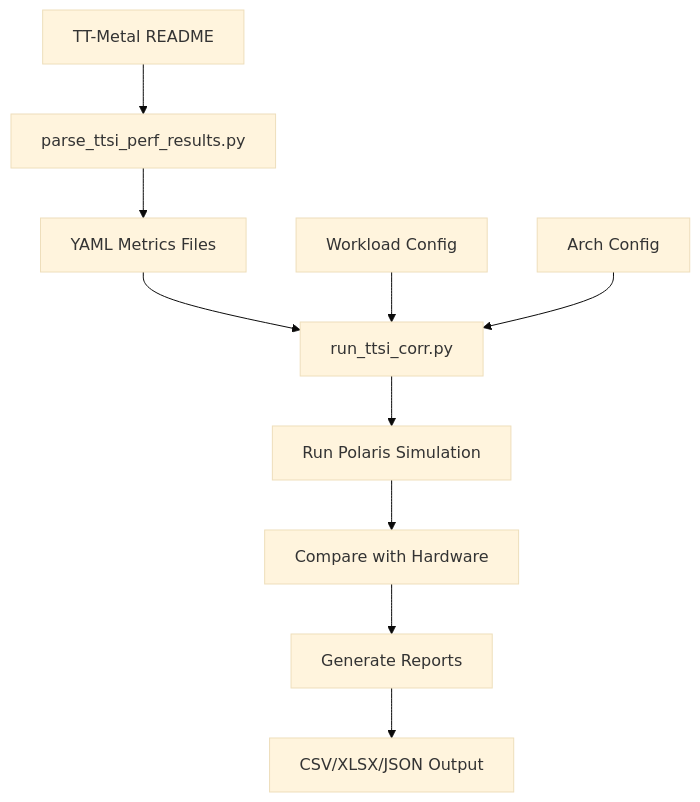
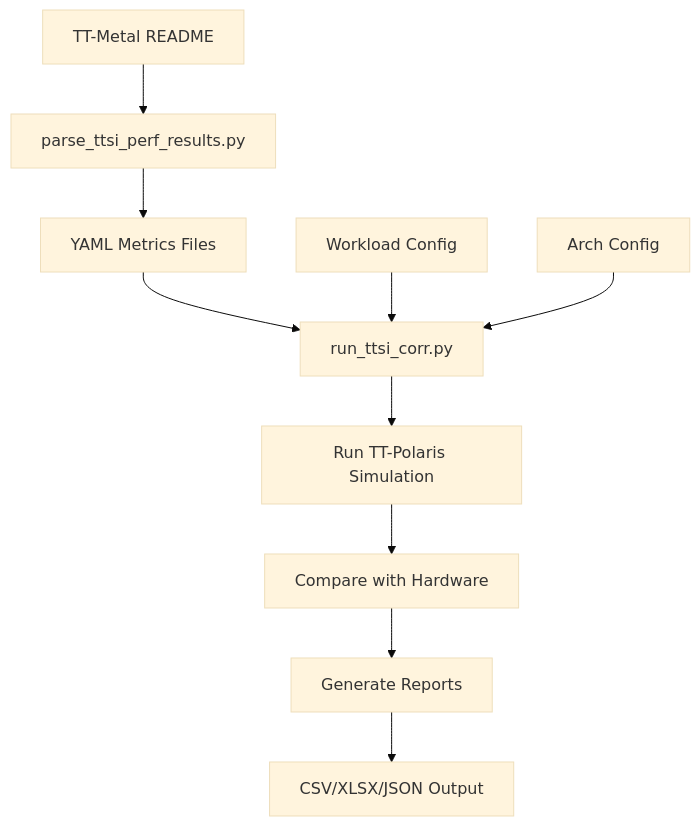
Before and after one commit to tenstorrent/polaris: the diagram in doc/tools/ttsi_corr/README_correlation.md, drawn with Mermaid (base theme). The commit also changed other lines of this file and 300 other files, not shown here.

````diff
--- a/doc/tools/ttsi_corr/README_correlation.md
+++ b/doc/tools/ttsi_corr/README_correlation.md
@@ -250,12 +250,12 @@
 ```mermaid
 graph TD
     A[TT-Metal README] --> B[parse_ttsi_perf_results.py]
     B --> C[YAML Metrics Files]
     C --> D[run_ttsi_corr.py]
     E[Workload Config] --> D
     F[Arch Config] --> D
-    D --> G[Run Polaris Simulation]
+    D --> G[Run TT-Polaris Simulation]
     G --> H[Compare with Hardware]
     H --> I[Generate Reports]
     I --> J[CSV/XLSX/JSON Output]
 ```
````
